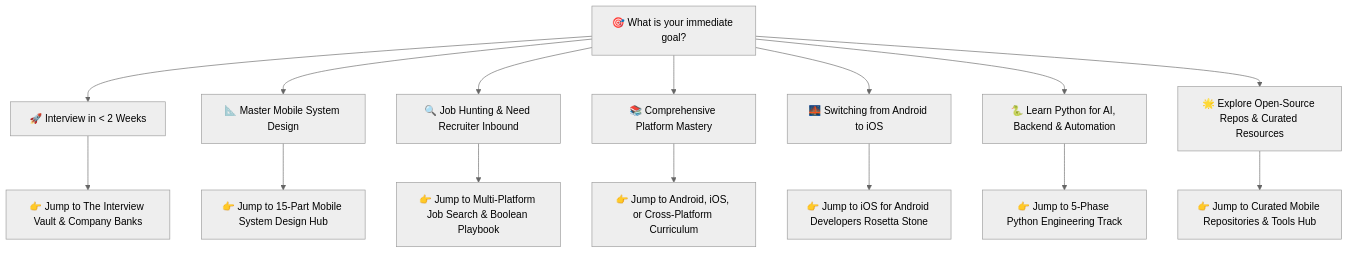
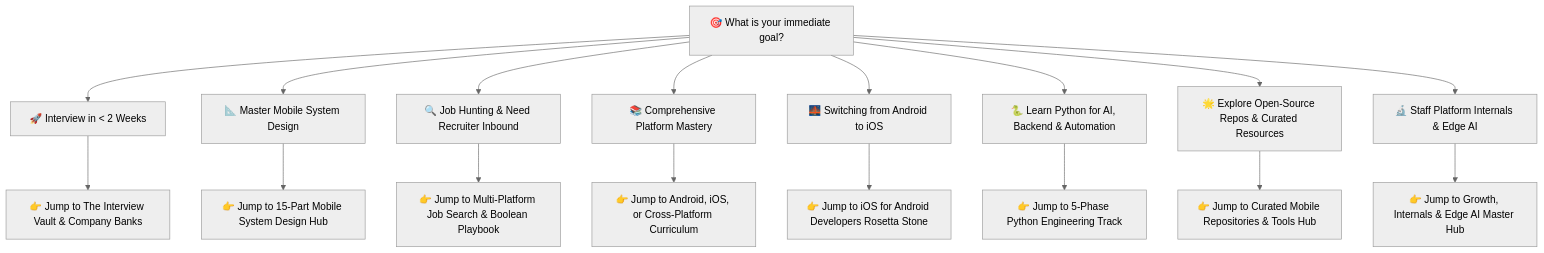
Before and after one commit to vennamprasad/awesome-mobile-interviews: the diagram in README.md, drawn with Mermaid (neutral theme). The commit also changed other lines of this file and 1 other file, not shown here.

Commit message:
docs: update repository coverage index, roadmap status, and navigation hubs

````diff
--- a/README.md
+++ b/README.md
@@ -51,18 +51,20 @@
 ```mermaid
 graph TD
     Start[🎯 What is your immediate goal?] --> A[🚀 Interview in < 2 Weeks]
     Start --> B[📐 Master Mobile System Design]
     Start --> C[🔍 Job Hunting & Need Recruiter Inbound]
     Start --> D[📚 Comprehensive Platform Mastery]
     Start --> E[🌉 Switching from Android to iOS]
     Start --> F[🐍 Learn Python for AI, Backend & Automation]
     Start --> G[🌟 Explore Open-Source Repos & Curated Resources]
+    Start --> H[🔬 Staff Platform Internals & Edge AI]
 
     A --> Vault[👉 Jump to The Interview Vault & Company Banks]
     B --> SysDesign[👉 Jump to 15-Part Mobile System Design Hub]
     C --> JobSearch[👉 Jump to Multi-Platform Job Search & Boolean Playbook]
     D --> Curriculum[👉 Jump to Android, iOS, or Cross-Platform Curriculum]
     E --> Rosetta[👉 Jump to iOS for Android Developers Rosetta Stone]
     F --> PyTrack[👉 Jump to 5-Phase Python Engineering Track]
     G --> Resources[👉 Jump to Curated Mobile Repositories & Tools Hub]
+    H --> Internals[👉 Jump to Growth, Internals & Edge AI Master Hub]
 ```
````
